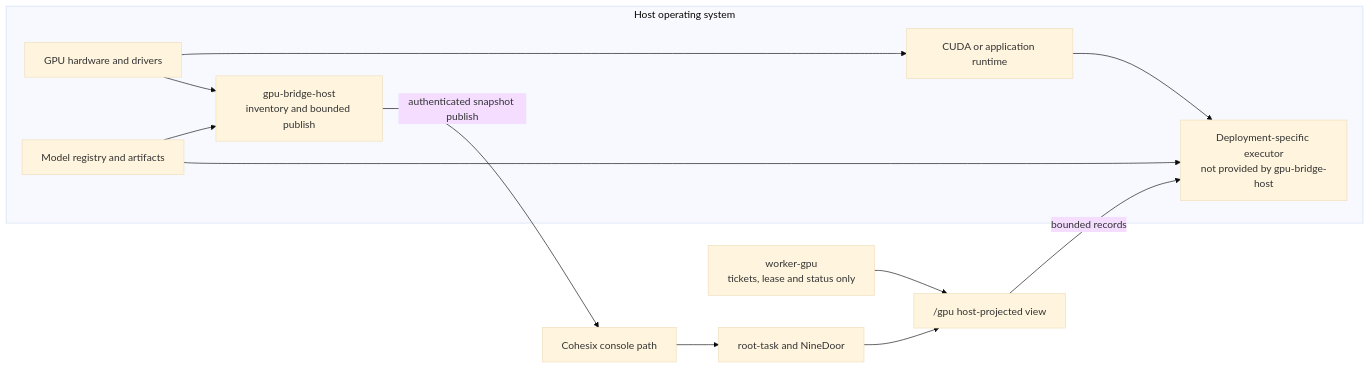
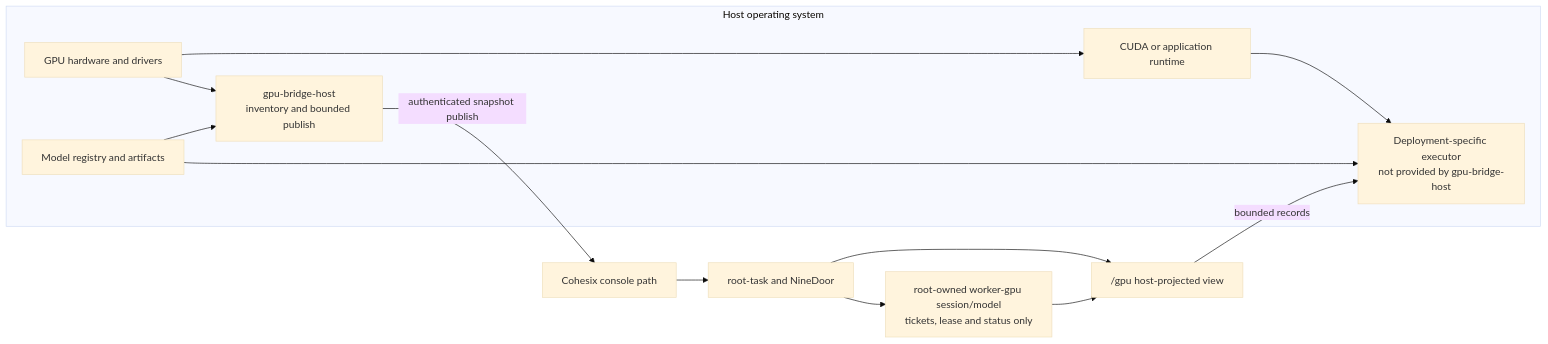
Before and after one commit to lukeb-aidev/cohesix: the diagram in docs/GPU_NODES.md, drawn with Mermaid (base theme). The commit also changed other lines of this file and 108 other files, not shown here.

````diff
--- a/docs/GPU_NODES.md
+++ b/docs/GPU_NODES.md
@@ -16,21 +16,22 @@
 ```mermaid
 flowchart LR
   subgraph Host["Host operating system"]
     Hardware["GPU hardware and drivers"]
     Runtime["CUDA or application runtime"]
     Registry["Model registry and artifacts"]
     Bridge["gpu-bridge-host\ninventory and bounded publish"]
     Executor["Deployment-specific executor\nnot provided by gpu-bridge-host"]
     Hardware --> Runtime
     Hardware --> Bridge
     Registry --> Bridge
     Registry --> Executor
     Runtime --> Executor
   end
 
   Bridge -->|"authenticated snapshot publish"| Console["Cohesix console path"]
   Console --> Root["root-task and NineDoor"]
   Root --> GpuView["/gpu host-projected view"]
-  Worker["worker-gpu\ntickets, lease and status only"] --> GpuView
+  Root --> WorkerModel["root-owned worker-gpu session/model\ntickets, lease and status only"]
+  WorkerModel --> GpuView
   GpuView -->|"bounded records"| Executor
 ```
````
